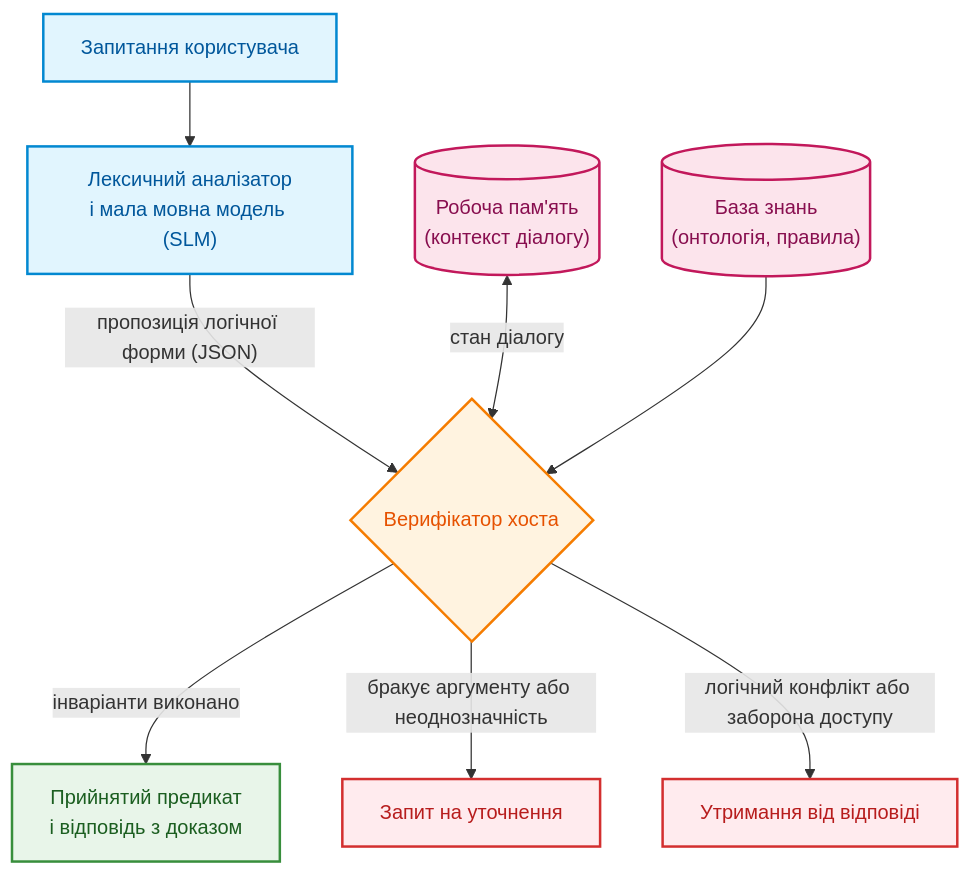
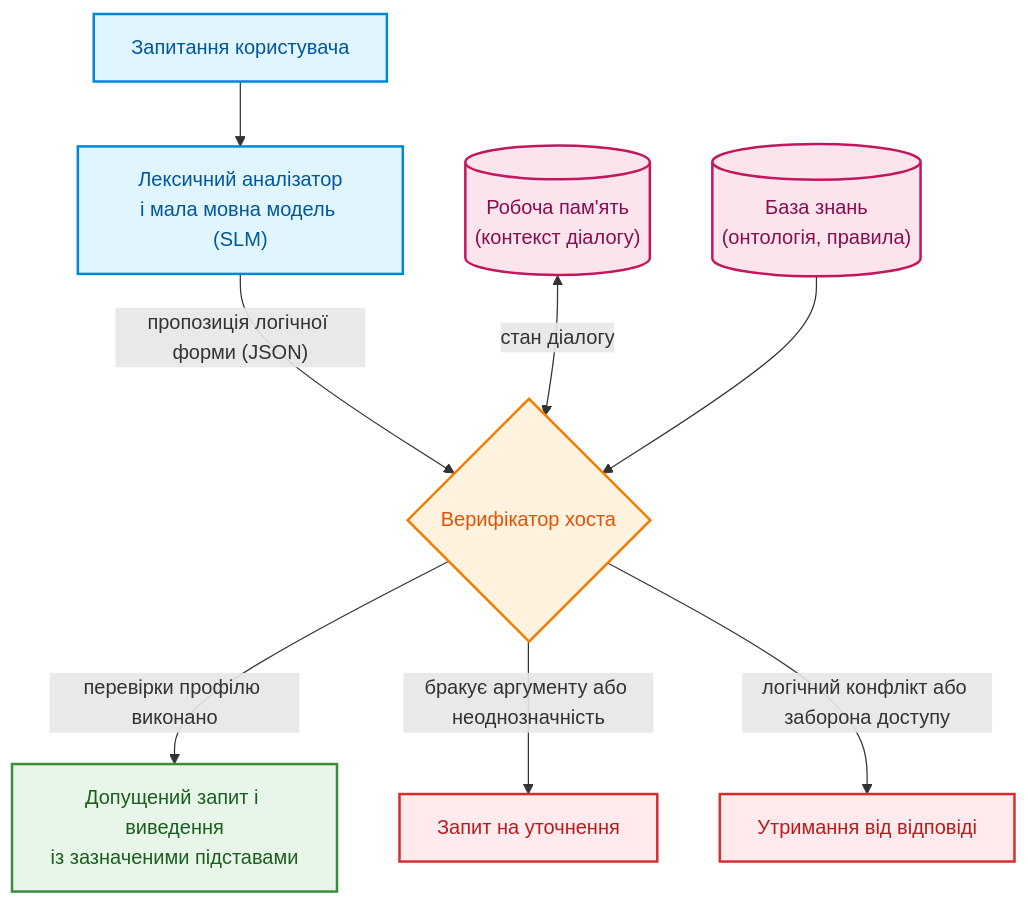
The eighth of 8 diagrams in ExpertSystem/ch13-language-variability-vs-determinism.md (nick-fedchik/articles), drawn with Mermaid before and after one commit. The commit also changed other lines of this file and 7 other files, not shown here.

````diff
--- a/ExpertSystem/ch13-language-variability-vs-determinism.md
+++ b/ExpertSystem/ch13-language-variability-vs-determinism.md
@@ -682,25 +862,25 @@
 ```mermaid
 flowchart TB
     accTitle: Розподіл ролей в архітектурі інтерактивної взаємодії
     accDescr: Взаємодія між лексичним аналізатором, робочою пам'яттю, онтологією та верифікатором хоста з трьома можливими результатами.
 
     U["Запитання користувача"] --> LP["Лексичний аналізатор<br/>і мала мовна модель (SLM)"]
     LP --> |"пропозиція логічної форми (JSON)"| HV{"Верифікатор хоста"}
     WM[("Робоча пам'ять<br/>(контекст діалогу)")] <--> |"стан діалогу"| HV
     KB[("База знань<br/>(онтологія, правила)")] --> HV
-    HV --> |"інваріанти виконано"| OUT["Прийнятий предикат<br/>і відповідь з доказом"]
+    HV --> |"перевірки профілю виконано"| OUT["Допущений запит і виведення<br/>із зазначеними підставами"]
     HV --> |"бракує аргументу або неоднозначність"| CLAR["Запит на уточнення"]
     HV --> |"логічний конфлікт або заборона доступу"| STOP["Утримання від відповіді"]
 
     classDef inp fill:#e1f5fe,stroke:#0288d1,stroke-width:2px,color:#01579b;
     classDef gate fill:#fff3e0,stroke:#f57c00,stroke-width:2px,color:#e65100;
     classDef mem fill:#fce4ec,stroke:#c2185b,stroke-width:2px,color:#880e4f;
     classDef ok fill:#e8f5e9,stroke:#388e3c,stroke-width:2px,color:#1b5e20;
     classDef halt fill:#ffebee,stroke:#d32f2f,stroke-width:2px,color:#b71c1c;
 
     class U,LP inp;
     class HV gate;
     class WM,KB mem;
     class OUT ok;
     class CLAR,STOP halt;
 ```
````
